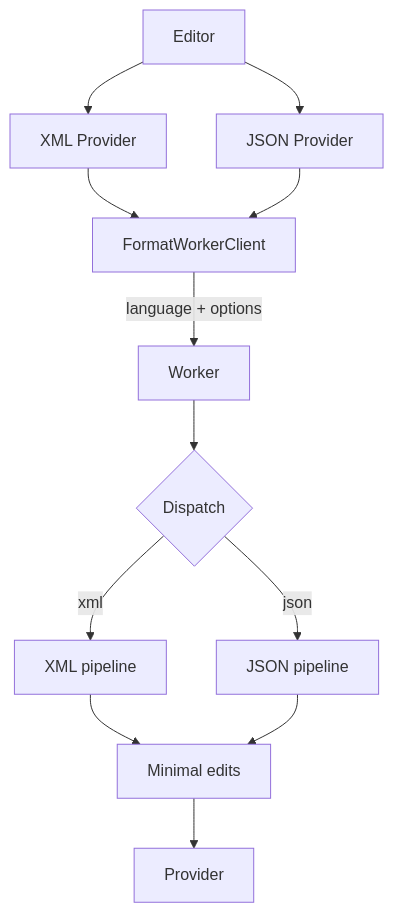
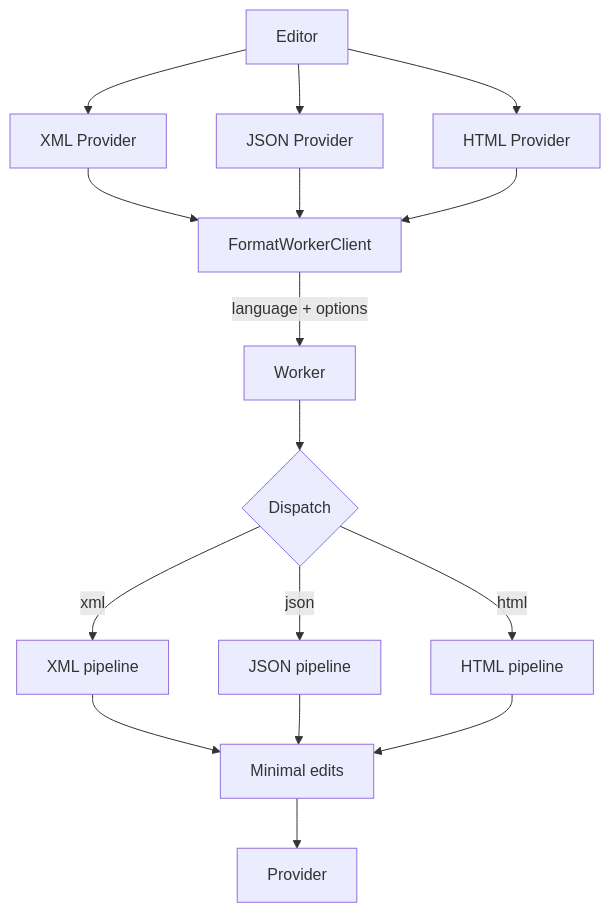
The diagram in README.md (ShreyPurohit/Large-File-Formatter), drawn with Mermaid before and after one commit. The commit also changed other lines of this file and 14 other files, not shown here.

````diff
--- a/README.md
+++ b/README.md
@@ -96,14 +99,18 @@
 ```mermaid
 flowchart TB
   Editor --> XmlProv[XML Provider]
   Editor --> JsonProv[JSON Provider]
+  Editor --> HtmlProv[HTML Provider]
   XmlProv --> Client[FormatWorkerClient]
   JsonProv --> Client
+  HtmlProv --> Client
   Client -->|language + options| Worker[Worker]
   Worker --> Dispatch{Dispatch}
   Dispatch -->|xml| XmlPipeline[XML pipeline]
   Dispatch -->|json| JsonPipeline[JSON pipeline]
+  Dispatch -->|html| HtmlPipeline[HTML pipeline]
   XmlPipeline --> Edits[Minimal edits]
   JsonPipeline --> Edits
+  HtmlPipeline --> Edits
   Edits --> Provider
 ```
````
